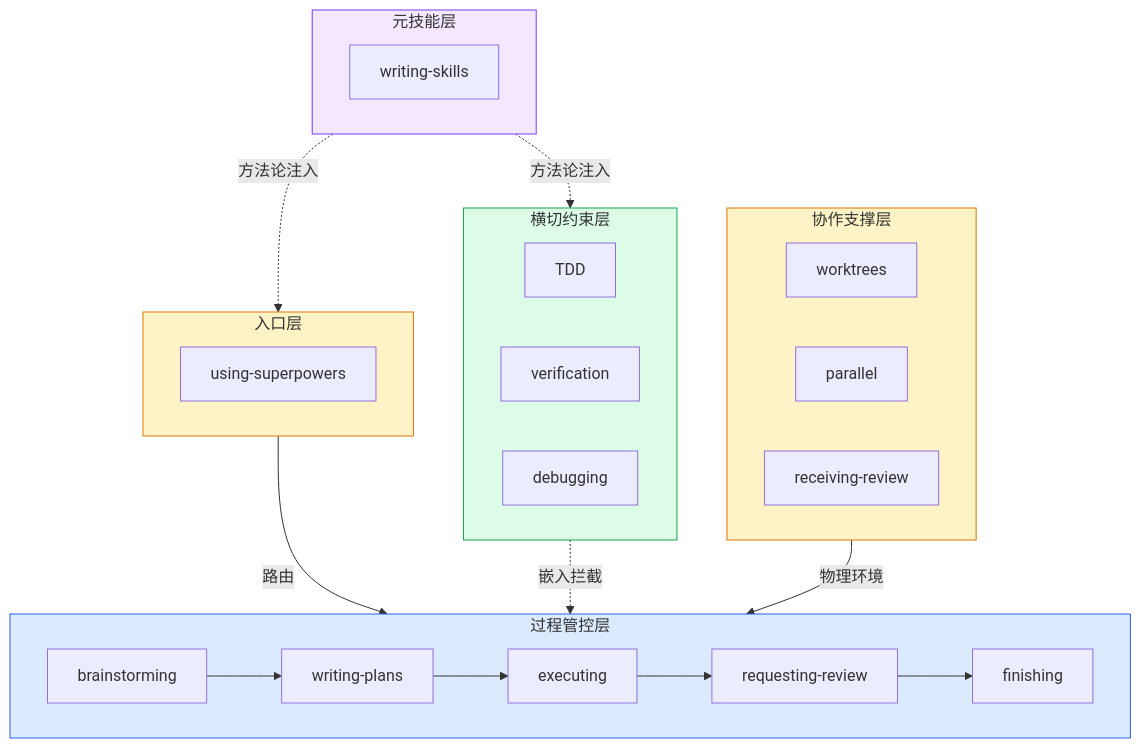
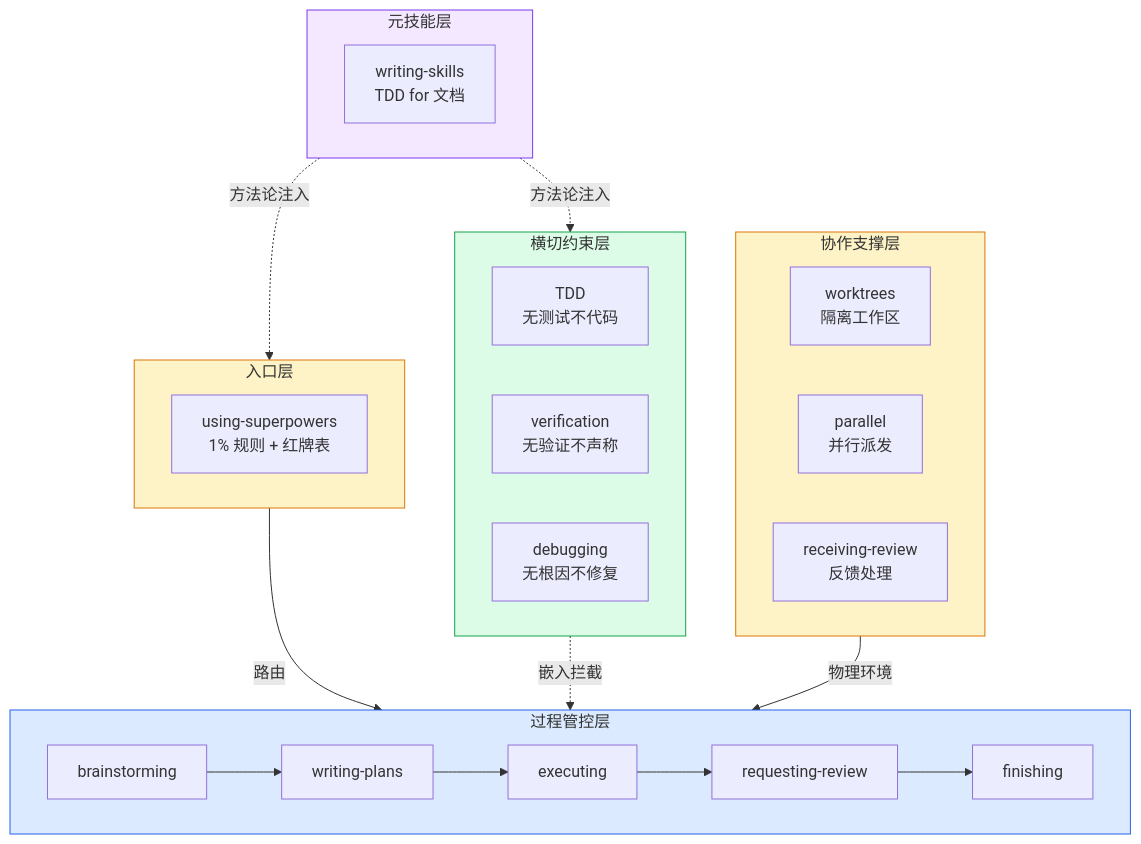
The diagram in public/content/chapters/06-collaboration.md (binshao996/superpowers-uncovering), drawn with Mermaid before and after one commit. The commit also changed other lines of this file and 7 other files, not shown here.

First line of the commit message:
feat: rewrite chapters with source-code-level analysis, fix mermaid rendering

````diff
--- a/public/content/chapters/06-collaboration.md
+++ b/public/content/chapters/06-collaboration.md
@@ -95,41 +71,41 @@
 ```mermaid
 graph TB
     subgraph M["元技能层"]
-        WS["writing-skills"]
+        WS["writing-skills<br/>TDD for 文档"]
     end
 
     subgraph E["入口层"]
-        US["using-superpowers"]
+        US["using-superpowers<br/>1% 规则 + 红牌表"]
     end
 
     subgraph P["过程管控层"]
         BR["brainstorming"] --> WP["writing-plans"]
         WP --> EX["executing"]
         EX --> RCR["requesting-review"]
         RCR --> FDB["finishing"]
     end
 
     subgraph C["横切约束层"]
-        TDD_C["TDD"]
-        VBC_C["verification"]
-        SDB_C["debugging"]
+        TDD_C["TDD<br/>无测试不代码"]
+        VBC_C["verification<br/>无验证不声称"]
+        SDB_C["debugging<br/>无根因不修复"]
     end
 
     subgraph COL["协作支撑层"]
-        UGW["worktrees"]
-        DPA["parallel"]
-        RCV["receiving-review"]
+        UGW["worktrees<br/>隔离工作区"]
+        DPA["parallel<br/>并行派发"]
+        RCV["receiving-review<br/>反馈处理"]
     end
 
     E -->|"路由"| P
     C -.->|"嵌入拦截"| P
     COL -->|"物理环境"| P
     M -.->|"方法论注入"| C
     M -.->|"方法论注入"| E
 
     style M fill:#f3e8ff,stroke:#7c3aed
     style E fill:#fef3c7,stroke:#d97706
     style P fill:#dbeafe,stroke:#2563eb
     style C fill:#dcfce7,stroke:#16a34a
     style COL fill:#fef3c7,stroke:#d97706
 ```
````
